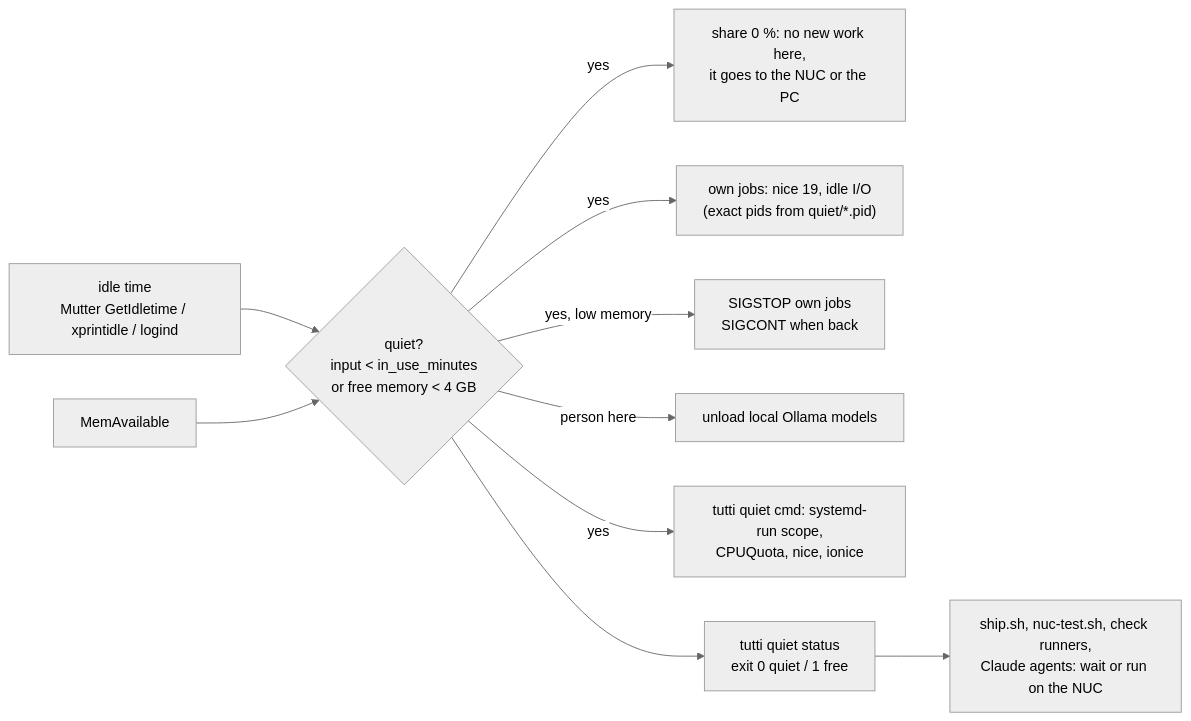
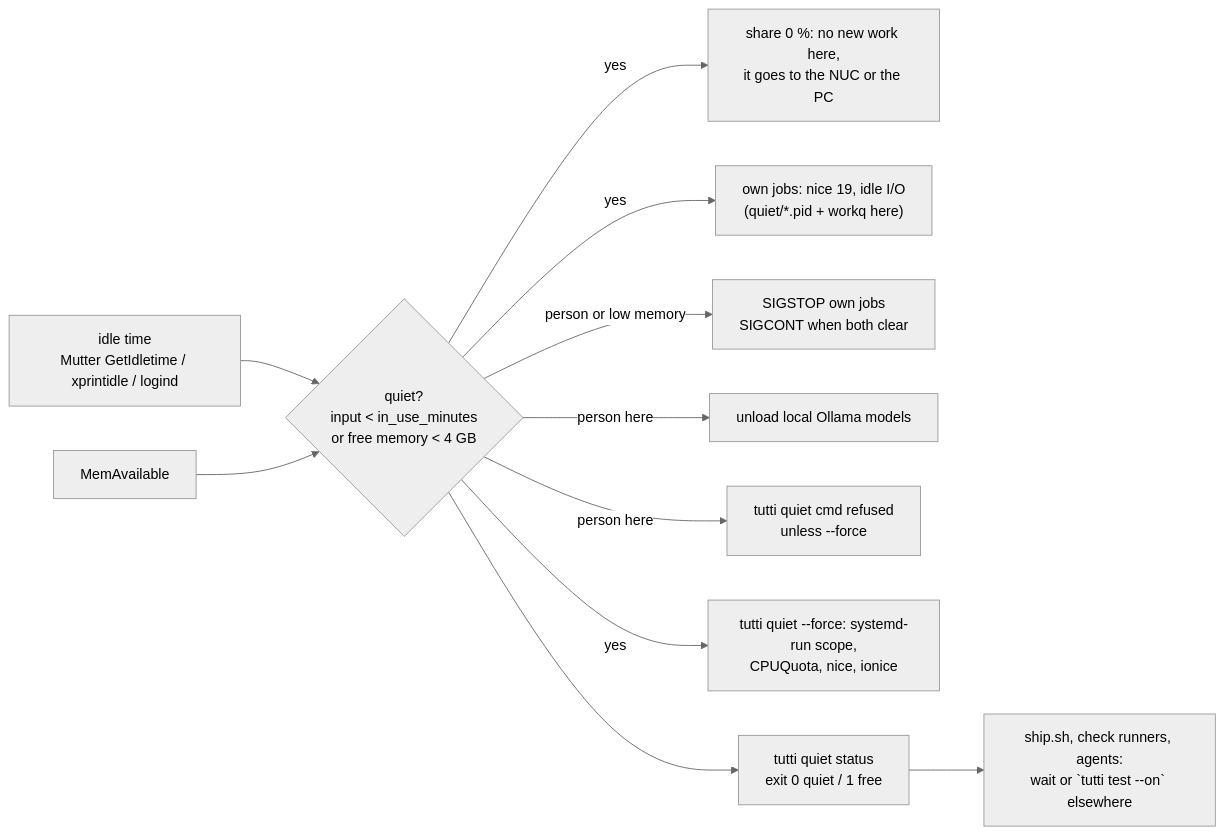
The seventh of 7 diagrams in docs/ARCHITECTURE.md (ventura8/Tutti), drawn with Mermaid (neutral theme) before and after one commit. The commit also changed other lines of this file and 12 other files, not shown here.

First line of the commit message:
fix(quiet): SIGSTOP Tutti jobs while a person is at the keyboard (t441)

````diff
--- a/docs/ARCHITECTURE.md
+++ b/docs/ARCHITECTURE.md
@@ -243,12 +243,13 @@
 ```mermaid
 flowchart LR
     idle["idle time<br/>Mutter GetIdletime / xprintidle / logind"] --> st{"quiet?<br/>input < in_use_minutes<br/>or free memory < 4 GB"}
     mem["MemAvailable"] --> st
     st -- yes --> share["share 0 %: no new work here,<br/>it goes to the NUC or the PC"]
-    st -- yes --> calm["own jobs: nice 19, idle I/O<br/>(exact pids from quiet/*.pid)"]
-    st -- "yes, low memory" --> stop["SIGSTOP own jobs<br/>SIGCONT when back"]
+    st -- yes --> calm["own jobs: nice 19, idle I/O<br/>(quiet/*.pid + workq here)"]
+    st -- "person or low memory" --> stop["SIGSTOP own jobs<br/>SIGCONT when both clear"]
     st -- "person here" --> ollama["unload local Ollama models"]
-    st -- yes --> wrap["tutti quiet cmd: systemd-run scope,<br/>CPUQuota, nice, ionice"]
+    st -- "person here" --> refuse["tutti quiet cmd refused<br/>unless --force"]
+    st -- yes --> wrap["tutti quiet --force: systemd-run scope,<br/>CPUQuota, nice, ionice"]
     st --> sig["tutti quiet status<br/>exit 0 quiet / 1 free"]
-    sig --> tools["ship.sh, nuc-test.sh, check runners,<br/>Claude agents: wait or run on the NUC"]
+    sig --> tools["ship.sh, check runners, agents:<br/>wait or `tutti test --on` elsewhere"]
 ```
````
